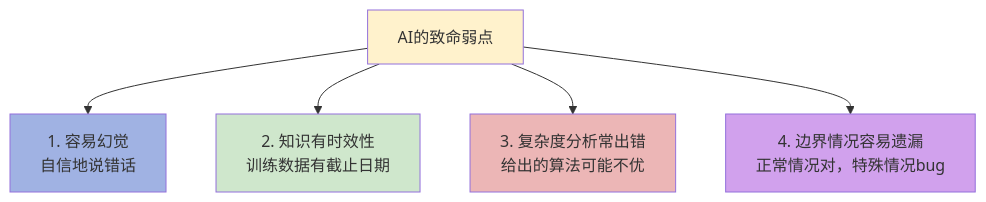
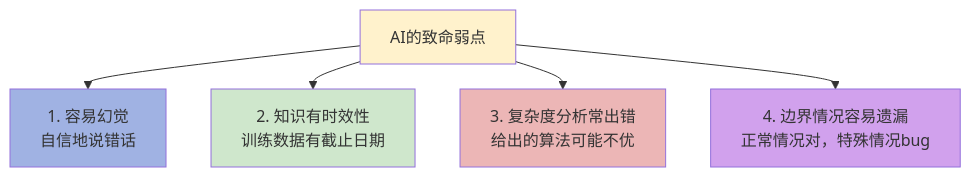
The fourth of 4 diagrams in start-here/Why-Programmers-35-Plus-Are-Thriving-in-AI-Era.md (microwind/algorithms), drawn with Mermaid before and after one commit. The commit also changed other lines of this file and 3 other files, not shown here.

````diff
--- a/start-here/Why-Programmers-35-Plus-Are-Thriving-in-AI-Era.md
+++ b/start-here/Why-Programmers-35-Plus-Are-Thriving-in-AI-Era.md
@@ -286,13 +260,14 @@
 ```mermaid
+%%{init: {'flowchart': {'nodeSpacing': 45, 'rankSpacing': 25, 'padding': 15}}}%%
 graph TD
     A["AI的致命弱点"] --> B["1. 容易幻觉<br/>自信地说错话"]
     A --> C["2. 知识有时效性<br/>训练数据有截止日期"]
     A --> D["3. 复杂度分析常出错<br/>给出的算法可能不优"]
     A --> E["4. 边界情况容易遗漏<br/>正常情况对，特殊情况bug"]
 
     style A fill:#fff2cc
     style B fill:#A0B2E3
     style C fill:#CFE7CC
     style D fill:#ECB6B6
     style E fill:#D1A1ED
 ```
````
